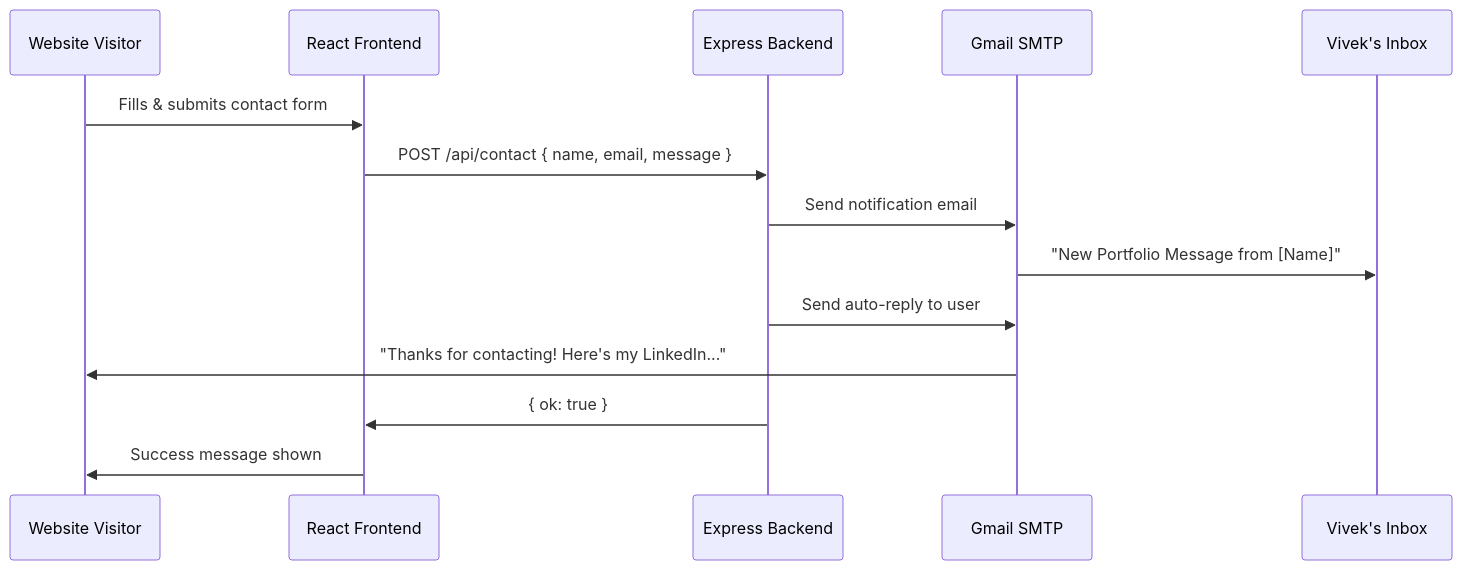
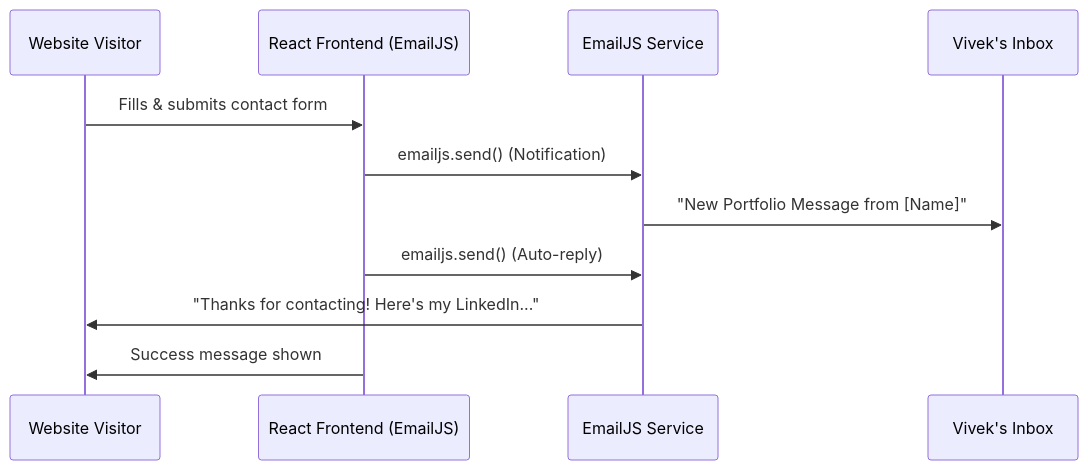
Before and after one commit to VivekChaurasiya95/Portfolio: the diagram in README.md, drawn with Mermaid. The commit also changed other lines of this file and 11 other files, not shown here.

````diff
--- a/README.md
+++ b/README.md
@@ -267,17 +252,14 @@
 ```mermaid
 sequenceDiagram
-    participant User as  Website Visitor
-    participant Frontend as  React Frontend
-    participant Backend as  Express Backend
-    participant SMTP as  Gmail SMTP
-    participant You as  Vivek's Inbox
+    participant User as Website Visitor
+    participant Frontend as React Frontend (EmailJS)
+    participant EmailJS as EmailJS Service
+    participant You as Vivek's Inbox
 
     User->>Frontend: Fills & submits contact form
-    Frontend->>Backend: POST /api/contact { name, email, message }
-    Backend->>SMTP: Send notification email
-    SMTP->>You:  "New Portfolio Message from [Name]"
-    Backend->>SMTP: Send auto-reply to user
-    SMTP->>User:  "Thanks for contacting! Here's my LinkedIn..."
-    Backend->>Frontend: { ok: true }
-    Frontend->>User:  Success message shown
+    Frontend->>EmailJS: emailjs.send() (Notification)
+    EmailJS->>You: "New Portfolio Message from [Name]"
+    Frontend->>EmailJS: emailjs.send() (Auto-reply)
+    EmailJS->>User: "Thanks for contacting! Here's my LinkedIn..."
+    Frontend->>User: Success message shown
 ```
````
